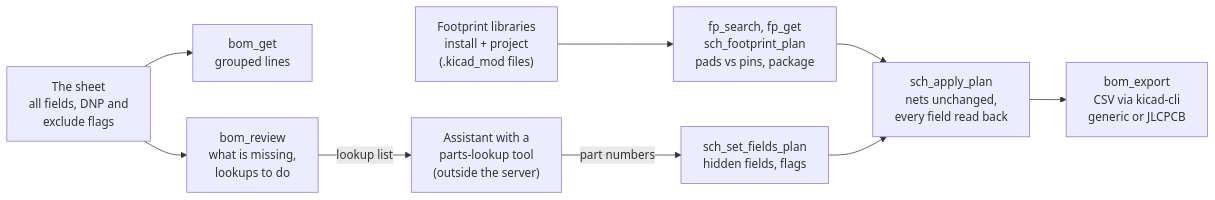
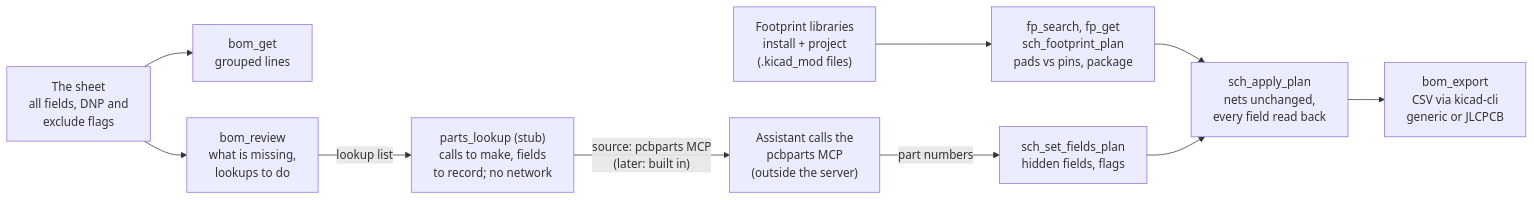
One commit to bkrajendra/thingvu-tools changed the tenth of 14 diagrams in docs/architecture.md. Above: the diagram before and after it, drawn with Mermaid. The commit also changed other lines of this file and 12 other files, not shown here.

First line of the commit message:
Phase 15.0: parts_lookup stub for the pcbparts MCP, and an installer step that offers it

````diff
--- a/docs/architecture.md
+++ b/docs/architecture.md
@@ -237,11 +237,12 @@
 ```mermaid
 flowchart LR
     SHEET["The sheet<br/>all fields, DNP and<br/>exclude flags"] --> BOM["bom_get<br/>grouped lines"]
     SHEET --> REVIEW["bom_review<br/>what is missing,<br/>lookups to do"]
     LIBS["Footprint libraries<br/>install + project<br/>(.kicad_mod files)"] --> FP["fp_search, fp_get<br/>sch_footprint_plan<br/>pads vs pins, package"]
-    REVIEW -->|"lookup list"| ASSISTANT["Assistant with a<br/>parts-lookup tool<br/>(outside the server)"]
+    REVIEW -->|"lookup list"| PL["parts_lookup (stub)<br/>calls to make, fields<br/>to record; no network"]
+    PL -->|"source: pcbparts MCP<br/>(later: built in)"| ASSISTANT["Assistant calls the<br/>pcbparts MCP<br/>(outside the server)"]
     ASSISTANT -->|"part numbers"| FIELDS["sch_set_fields_plan<br/>hidden fields, flags"]
     FP --> APPLY["sch_apply_plan<br/>nets unchanged,<br/>every field read back"]
     FIELDS --> APPLY
     APPLY --> EXPORT["bom_export<br/>CSV via kicad-cli<br/>generic or JLCPCB"]
 ```
````
